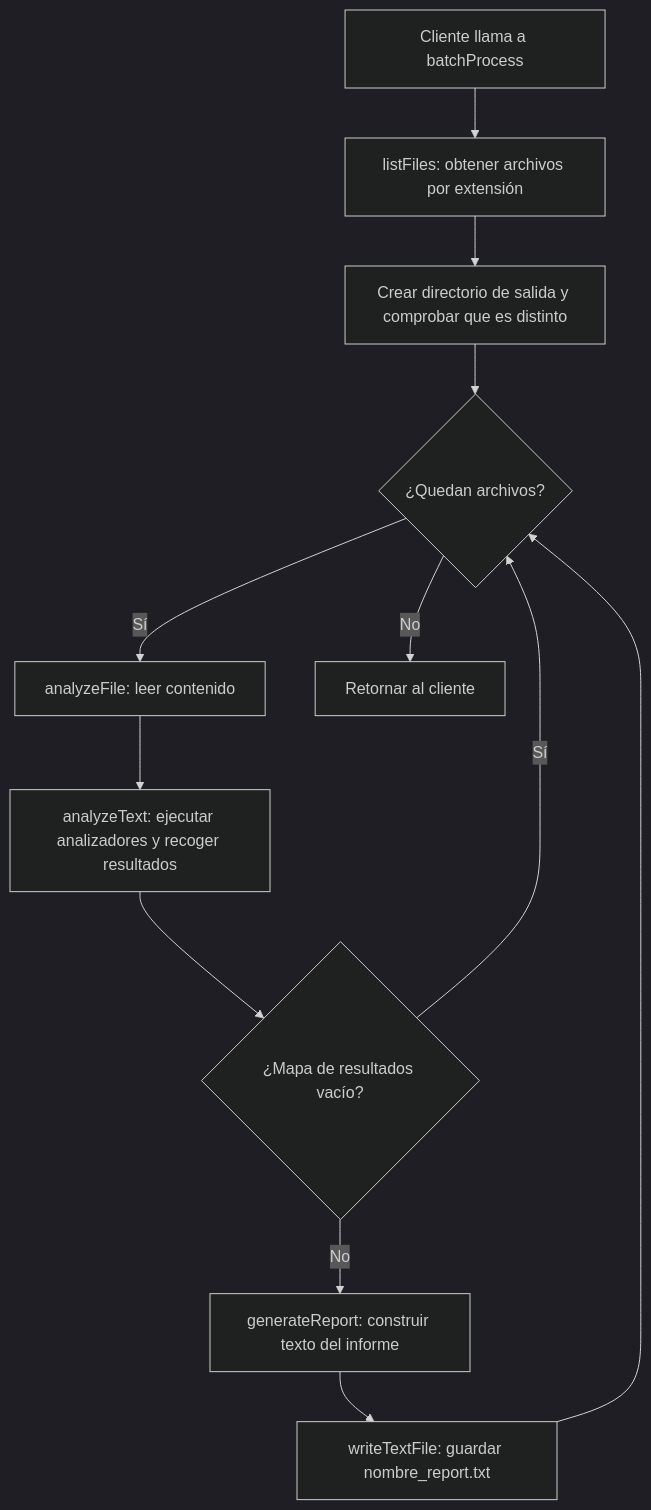
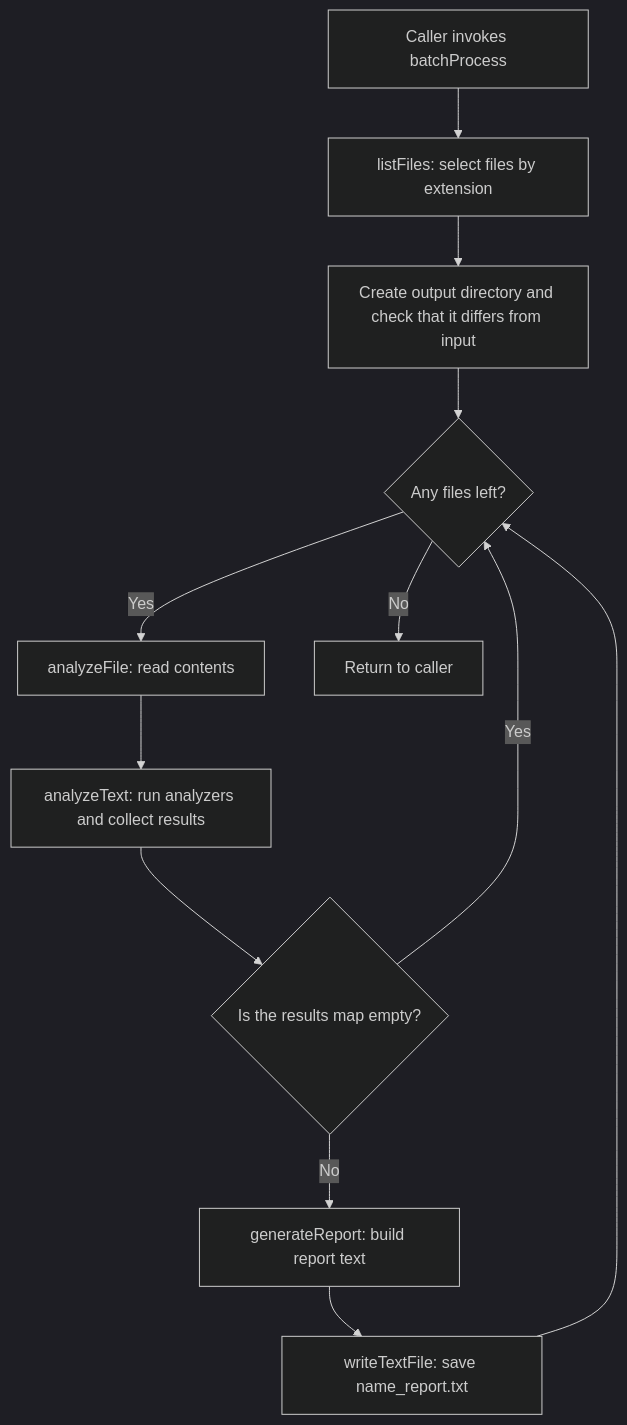
One commit to RobertoVelazquezGit/AdvancedCppMod5Capstone changed the second of 4 diagrams in TextAnalyzer/doc/TextAnalysisSystem_flow.md. Above: the diagram before and after it, drawn with Mermaid (dark theme). The commit also changed other lines of this file, not shown here.

Commit message:
Flow diagram english

````diff
--- a/TextAnalyzer/doc/TextAnalysisSystem_flow.md
+++ b/TextAnalyzer/doc/TextAnalysisSystem_flow.md
@@ -26,14 +26,14 @@
 ```mermaid
 flowchart TD
-    A[Cliente llama a batchProcess] --> B[listFiles: obtener archivos por extensión]
-    B --> C[Crear directorio de salida y comprobar que es distinto]
-    C --> D{¿Quedan archivos?}
-    D -->|Sí| E[analyzeFile: leer contenido]
-    E --> F[analyzeText: ejecutar analizadores y recoger resultados]
-    F --> G{¿Mapa de resultados vacío?}
-    G -->|Sí| D
-    G -->|No| H[generateReport: construir texto del informe]
-    H --> I[writeTextFile: guardar nombre_report.txt]
+    A[Caller invokes batchProcess] --> B[listFiles: select files by extension]
+    B --> C[Create output directory and check that it differs from input]
+    C --> D{Any files left?}
+    D -->|Yes| E[analyzeFile: read contents]
+    E --> F[analyzeText: run analyzers and collect results]
+    F --> G{Is the results map empty?}
+    G -->|Yes| D
+    G -->|No| H[generateReport: build report text]
+    H --> I[writeTextFile: save name_report.txt]
     I --> D
-    D -->|No| J[Retornar al cliente]
+    D -->|No| J[Return to caller]
 ```
````
